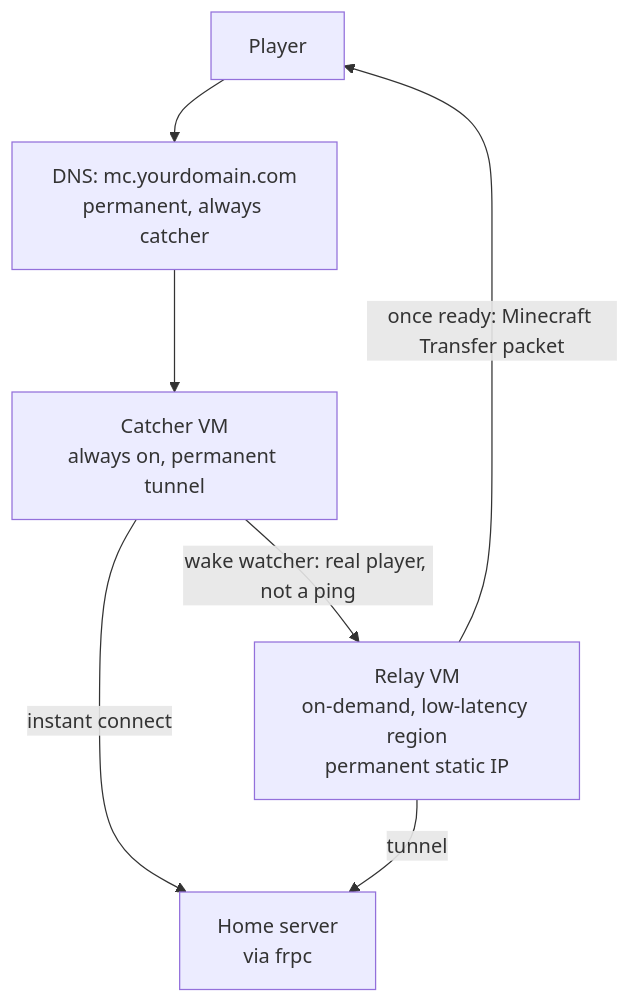
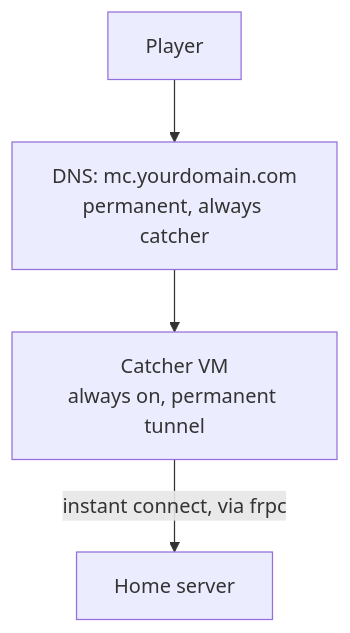
One commit to mliem2k/mc-serverless-proxy changed the diagram in README.md. Above: the diagram before and after it, drawn with Mermaid. The commit also changed other lines of this file and 29 other files, not shown here.

First line of the commit message:
feat: decommission the on-demand relay VM entirely

````diff
--- a/README.md
+++ b/README.md
@@ -56,9 +19,6 @@
 ```mermaid
 flowchart TD
     Player[Player] --> DNS["DNS: mc.yourdomain.com<br/>permanent, always catcher"]
     DNS --> Catcher["Catcher VM<br/>always on, permanent tunnel"]
-    Catcher -- "instant connect" --> Home["Home server<br/>via frpc"]
-    Catcher -- "wake watcher: real player, not a ping" --> Relay["Relay VM<br/>on-demand, low-latency region<br/>permanent static IP"]
-    Relay -- "once ready: Minecraft Transfer packet" --> Player
-    Relay -- "tunnel" --> Home
+    Catcher -- "instant connect, via frpc" --> Home["Home server"]
 ```
````
